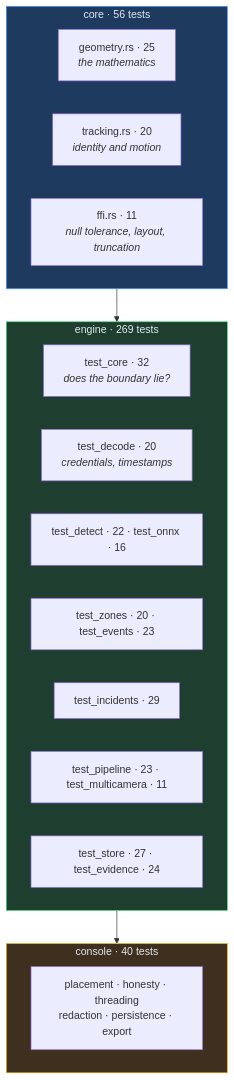
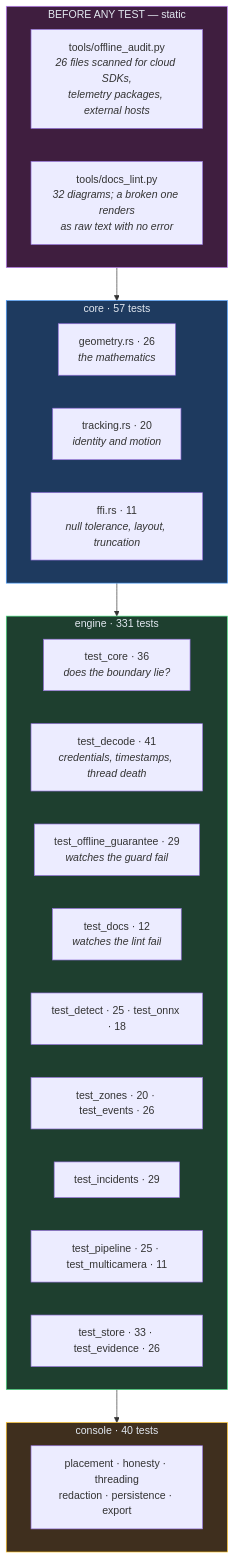
Diagram 15 of 17 in docs/OVERVIEW.md (haidar-farhat/V.I.G.I.L._Vision_Intelligence_and_Geospatial_ncident_Layer), drawn with Mermaid before and after one commit. The commit also changed other lines of this file and 7 other files, not shown here.

````diff
--- a/docs/OVERVIEW.md
+++ b/docs/OVERVIEW.md
@@ -561,26 +562,33 @@
 ```mermaid
 flowchart TB
-    subgraph rust["core · 56 tests"]
-        G["geometry.rs · 25<br/><i>the mathematics</i>"]
+    subgraph gate["BEFORE ANY TEST — static"]
+        AU["tools/offline_audit.py<br/><i>26 files scanned for cloud SDKs,<br/>telemetry packages, external hosts</i>"]
+        DL["tools/docs_lint.py<br/><i>32 diagrams; a broken one renders<br/>as raw text with no error</i>"]
+    end
+    subgraph rust["core · 57 tests"]
+        G["geometry.rs · 26<br/><i>the mathematics</i>"]
         T["tracking.rs · 20<br/><i>identity and motion</i>"]
         F["ffi.rs · 11<br/><i>null tolerance, layout, truncation</i>"]
     end
-    subgraph eng["engine · 269 tests"]
-        C["test_core · 32<br/><i>does the boundary lie?</i>"]
-        DE["test_decode · 20<br/><i>credentials, timestamps</i>"]
-        DT["test_detect · 22 · test_onnx · 16"]
-        Z["test_zones · 20 · test_events · 23"]
+    subgraph eng["engine · 331 tests"]
+        C["test_core · 36<br/><i>does the boundary lie?</i>"]
+        DE["test_decode · 41<br/><i>credentials, timestamps, thread death</i>"]
+        OG["test_offline_guarantee · 29<br/><i>watches the guard fail</i>"]
+        DC["test_docs · 12<br/><i>watches the lint fail</i>"]
+        DT["test_detect · 25 · test_onnx · 18"]
+        Z["test_zones · 20 · test_events · 26"]
         IN["test_incidents · 29"]
-        P["test_pipeline · 23 · test_multicamera · 11"]
-        ST["test_store · 27 · test_evidence · 24"]
+        P["test_pipeline · 25 · test_multicamera · 11"]
+        ST["test_store · 33 · test_evidence · 26"]
     end
     subgraph con["console · 40 tests"]
         CO["placement · honesty · threading<br/>redaction · persistence · export"]
     end
 
-    rust --> eng --> con
+    gate --> rust --> eng --> con
 
+    style gate fill:#3f1e3f,stroke:#c084fc,color:#e2e8f0
     style rust fill:#1e3a5f,stroke:#4a9eff,color:#e2e8f0
     style eng fill:#1e3f2f,stroke:#4ade80,color:#e2e8f0
     style con fill:#3f2f1e,stroke:#fbbf24,color:#e2e8f0
 ```
````
